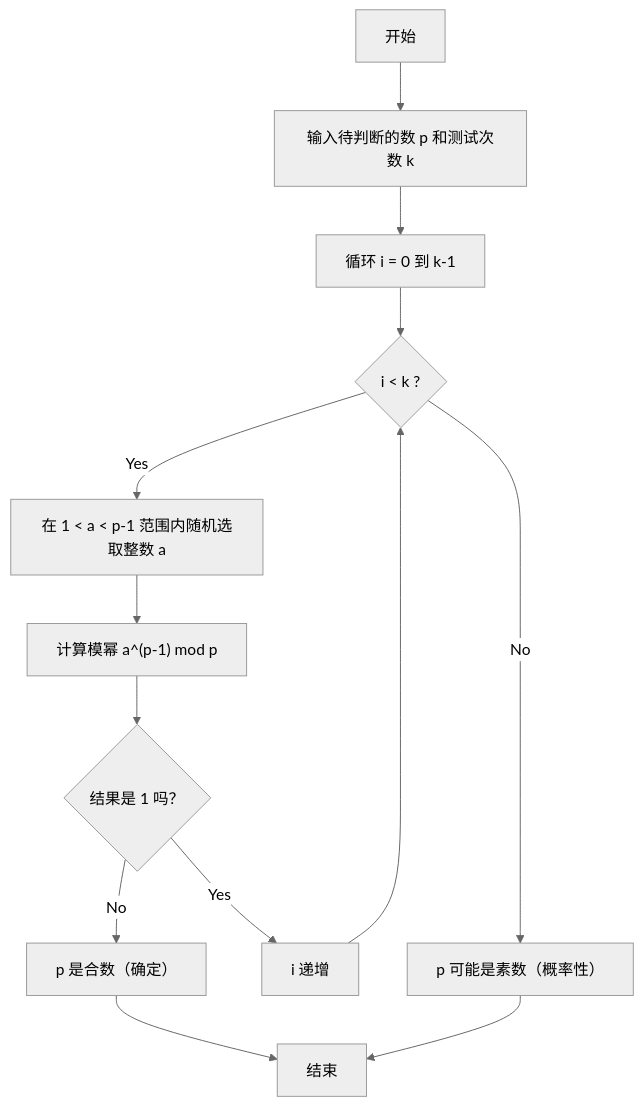
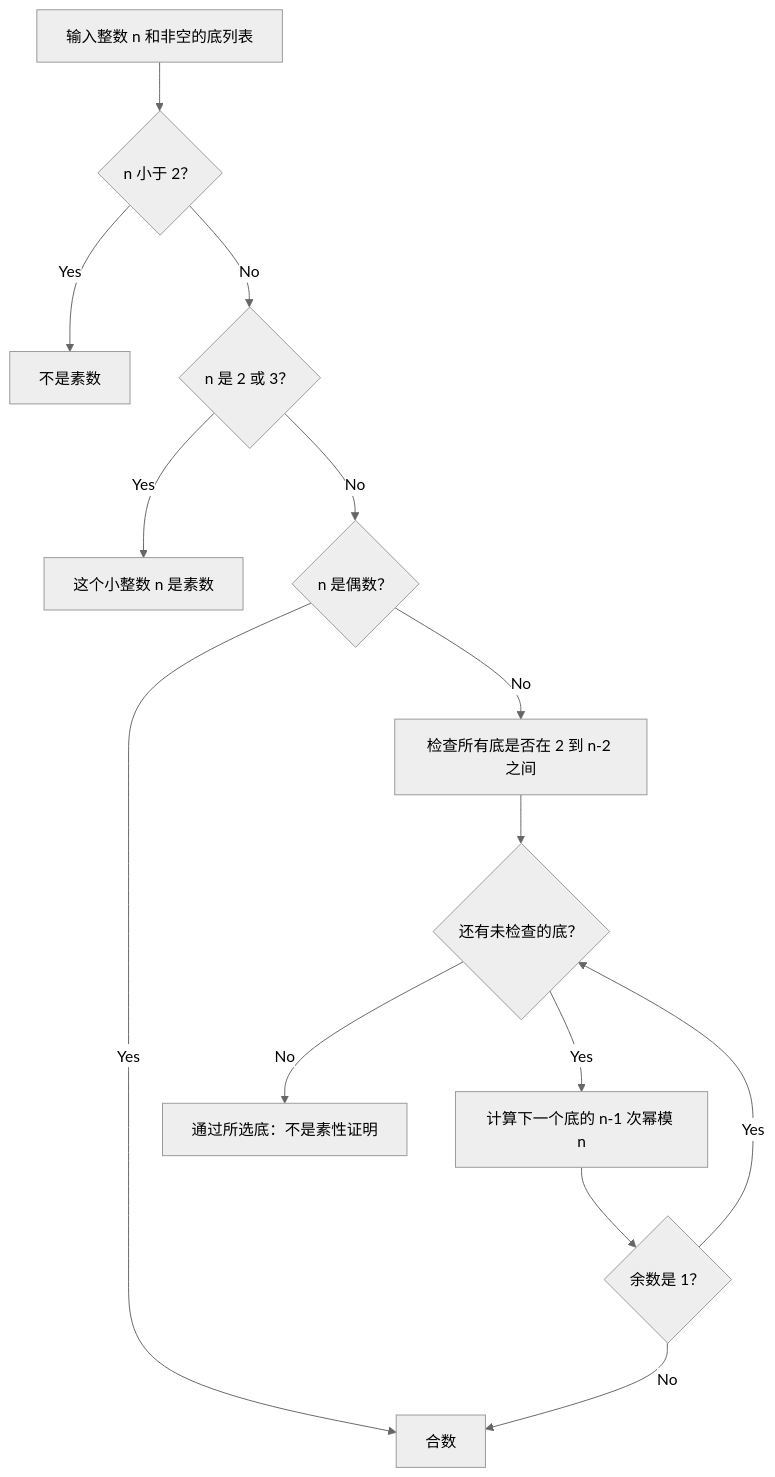
One commit to kenjinote/blog changed the first of 2 diagrams in content/post/フェルマーの小定理と暗号化/index.zh-cn.md. Above: the diagram before and after it, drawn with Mermaid (neutral theme). The commit also changed other lines of this file and 5 other files, not shown here.

````diff
--- a/content/post/フェルマーの小定理と暗号化/index.zh-cn.md
+++ b/content/post/フェルマーの小定理と暗号化/index.zh-cn.md
@@ -156,15 +70,16 @@
 ```mermaid
 flowchart TD
-    Start["开始"] --> Input["输入待判断的数 p 和测试次数 k"]
-    Input --> LoopStart["循环 i = 0 到 k-1"]
-    LoopStart --> Condition{"i < k ?"}
-    Condition -- Yes --> RandomA["在 1 < a < p-1 范围内随机选取整数 a"]
-    RandomA --> Calc["计算模幂 a^(p-1) mod p"]
-    Calc --> CheckPrime{"结果是 1 吗？"}
-    CheckPrime -- No --> ReturnComposite["p 是合数（确定）"]
-    CheckPrime -- Yes --> Increment["i 递增"]
-    Increment --> Condition
-    Condition -- No --> ReturnPrime["p 可能是素数（概率性）"]
-    ReturnComposite --> End["结束"]
-    ReturnPrime --> End
+    Input["输入整数 n 和非空的底列表"] --> Small{"n 小于 2？"}
+    Small -- Yes --> NotPrime["不是素数"]
+    Small -- No --> Tiny{"n 是 2 或 3？"}
+    Tiny -- Yes --> Known["这个小整数 n 是素数"]
+    Tiny -- No --> Even{"n 是偶数？"}
+    Even -- Yes --> Composite["合数"]
+    Even -- No --> Validate["检查所有底是否在 2 到 n-2 之间"]
+    Validate --> Next{"还有未检查的底？"}
+    Next -- Yes --> Power["计算下一个底的 n-1 次幂模 n"]
+    Power --> Check{"余数是 1？"}
+    Check -- No --> Composite
+    Check -- Yes --> Next
+    Next -- No --> Pass["通过所选底：不是素性证明"]
 ```
````
